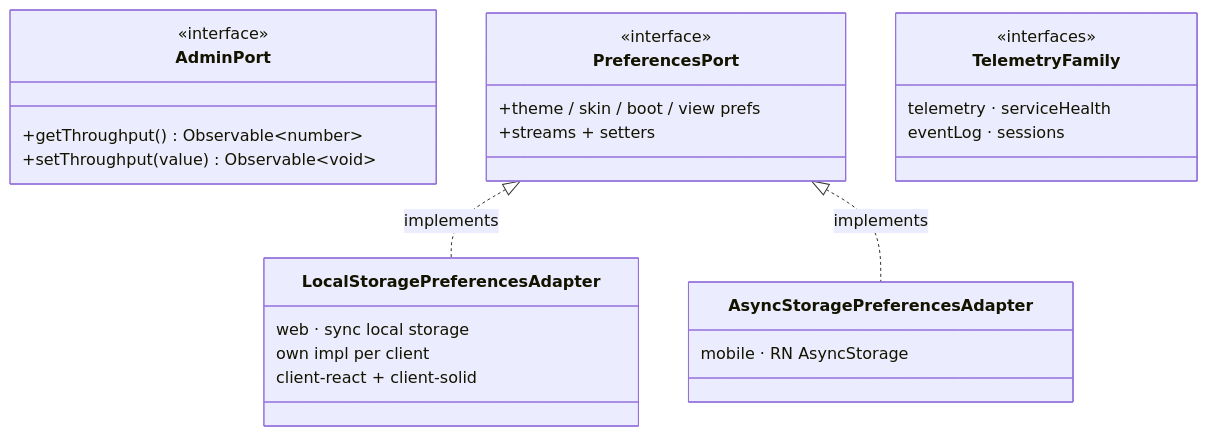
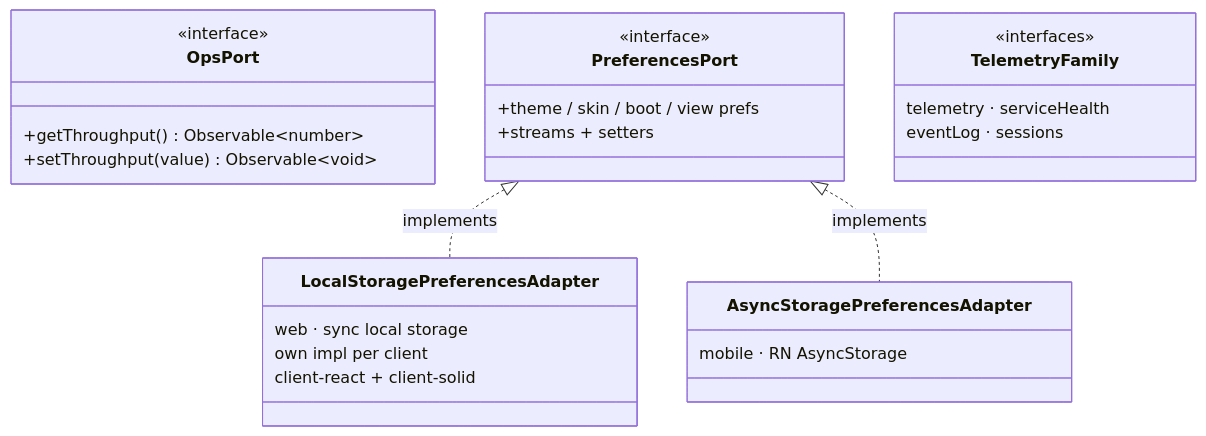
One commit to bettersoftware-io/ReactiveTraderCloudClone changed the seventh of 11 diagrams in docs/architecture/03-uml-class-diagrams.md. Above: the diagram before and after it, drawn with Mermaid. The commit also changed other lines of this file and 46 other files, not shown here.

````diff
--- a/docs/architecture/03-uml-class-diagrams.md
+++ b/docs/architecture/03-uml-class-diagrams.md
@@ -380,32 +380,32 @@
 ```mermaid
 classDiagram
     direction TB
 
-    class AdminPort {
+    class OpsPort {
         <<interface>>
         +getThroughput() Observable~number~
         +setThroughput(value) Observable~void~
     }
     class PreferencesPort {
         <<interface>>
         +theme / skin / boot / view prefs
         +streams + setters
     }
     class TelemetryFamily {
         <<interfaces>>
         telemetry · serviceHealth
         eventLog · sessions
     }
 
     class LocalStoragePreferencesAdapter {
         web · sync local storage
         own impl per client
         client-react + client-solid
     }
     class AsyncStoragePreferencesAdapter {
         mobile · RN AsyncStorage
     }
 
     PreferencesPort <|.. LocalStoragePreferencesAdapter : implements
     PreferencesPort <|.. AsyncStoragePreferencesAdapter : implements
 ```
````
